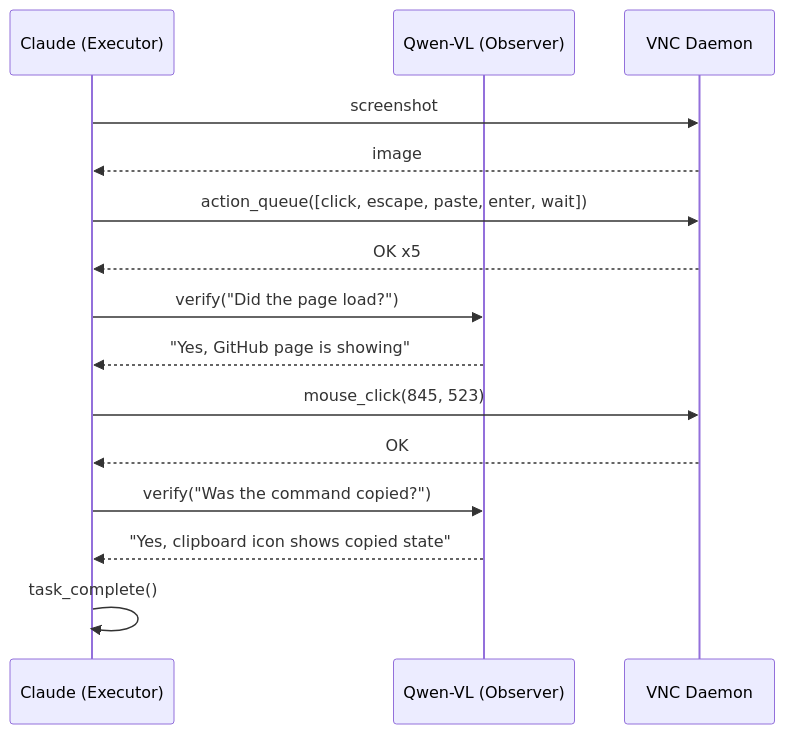
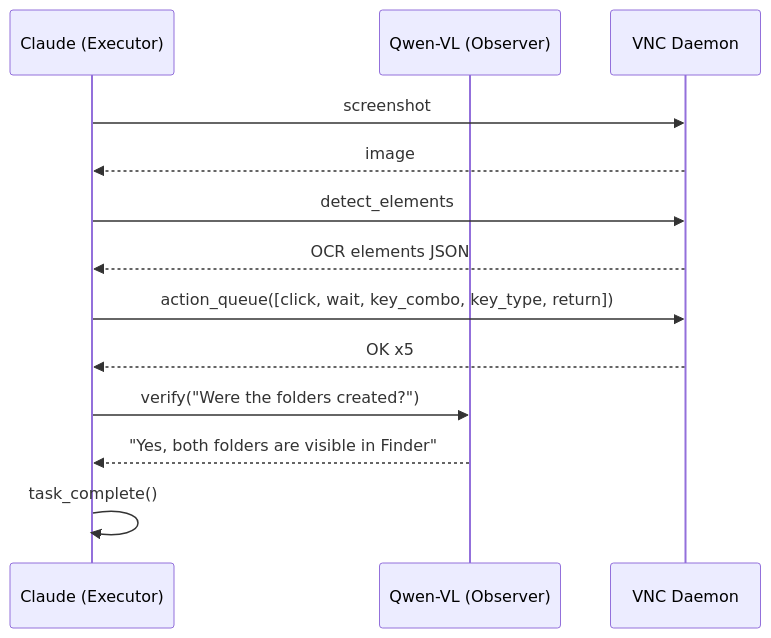
Before and after one commit to ARAS-Workspace/claude-kvm: the diagram in test/README.md, drawn with Mermaid. The commit also changed other lines of this file and 1 other file, not shown here.

````diff
--- a/test/README.md
+++ b/test/README.md
@@ -7,20 +7,17 @@
 ```mermaid
 sequenceDiagram
     participant E as Claude (Executor)
     participant O as Qwen-VL (Observer)
     participant V as VNC Daemon
 
     E->>V: screenshot
     V-->>E: image
-    E->>V: action_queue([click, escape, paste, enter, wait])
+    E->>V: detect_elements
+    V-->>E: OCR elements JSON
+    E->>V: action_queue([click, wait, key_combo, key_type, return])
     V-->>E: OK x5
-    E->>O: verify("Did the page load?")
-    O-->>E: "Yes, GitHub page is showing"
-
-    E->>V: mouse_click(845, 523)
-    V-->>E: OK
-    E->>O: verify("Was the command copied?")
-    O-->>E: "Yes, clipboard icon shows copied state"
+    E->>O: verify("Were the folders created?")
+    O-->>E: "Yes, both folders are visible in Finder"
 
     E->>E: task_complete()
 ```
````
